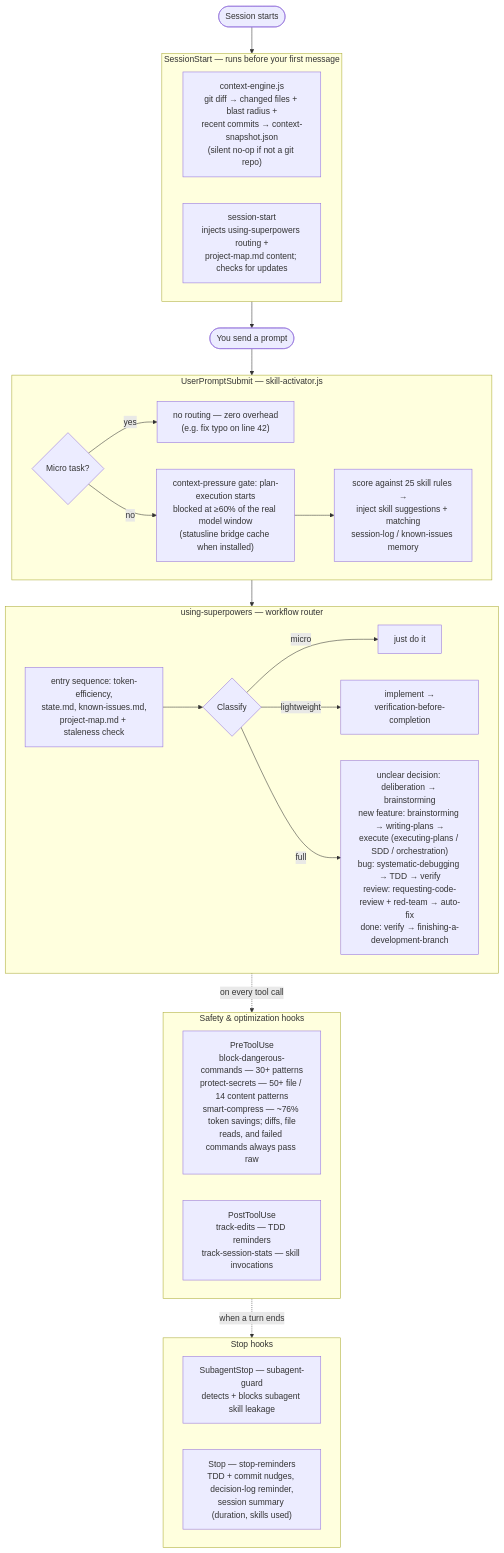
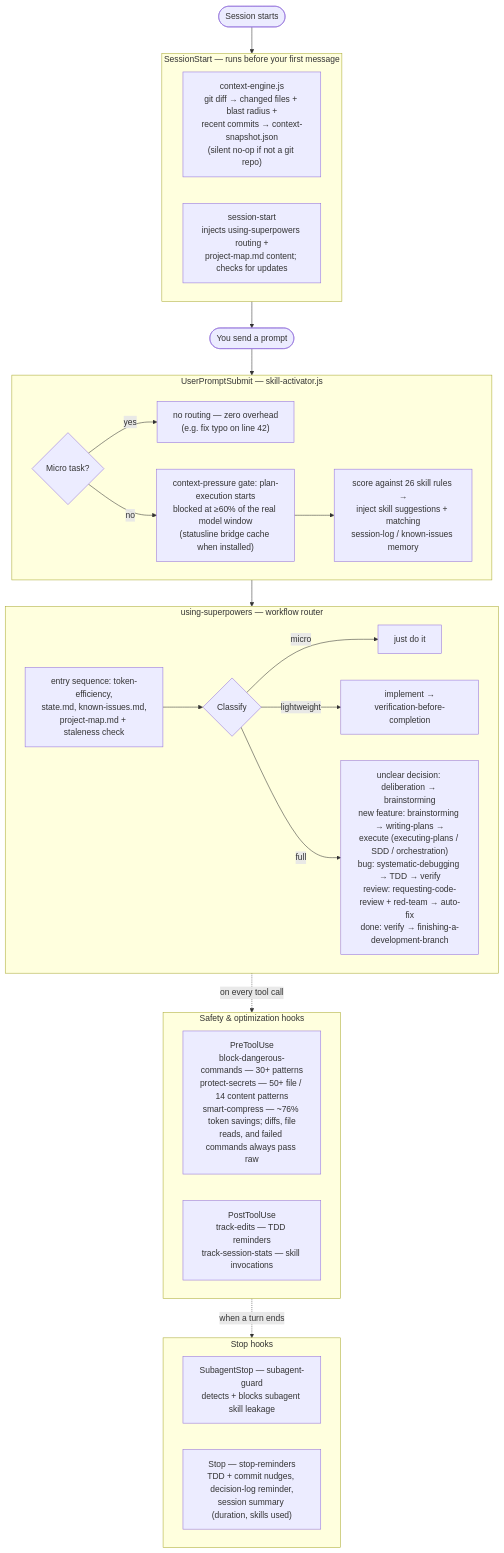
Before and after one commit to brunob54/superpowers-orchestrator: the diagram in README.md, drawn with Mermaid. The commit also changed other lines of this file and 1 other file, not shown here.

````diff
--- a/README.md
+++ b/README.md
@@ -89,42 +90,42 @@
 ```mermaid
 flowchart TD
     START([Session starts]) --> SS
 
     subgraph SS["SessionStart — runs before your first message"]
         CE["context-engine.js<br/>git diff → changed files + blast radius +<br/>recent commits → context-snapshot.json<br/>(silent no-op if not a git repo)"]
         SST["session-start<br/>injects using-superpowers routing +<br/>project-map.md content; checks for updates"]
     end
 
     SS --> PROMPT([You send a prompt])
     PROMPT --> SA
 
     subgraph SA["UserPromptSubmit — skill-activator.js"]
         Q1{"Micro task?"} -->|yes| Z1["no routing — zero overhead<br/>(e.g. fix typo on line 42)"]
         Q1 -->|no| PG["context-pressure gate: plan-execution starts<br/>blocked at ≥60% of the real model window<br/>(statusline bridge cache when installed)"]
-        PG --> SCORE["score against 25 skill rules →<br/>inject skill suggestions + matching<br/>session-log / known-issues memory"]
+        PG --> SCORE["score against 26 skill rules →<br/>inject skill suggestions + matching<br/>session-log / known-issues memory"]
     end
 
     SA --> RT
 
     subgraph RT["using-superpowers — workflow router"]
         ES["entry sequence: token-efficiency,<br/>state.md, known-issues.md,<br/>project-map.md + staleness check"]
         ES --> CLS{"Classify"}
         CLS -->|micro| JD["just do it"]
         CLS -->|lightweight| LW["implement →<br/>verification-before-completion"]
         CLS -->|full| FULL["unclear decision: deliberation → brainstorming<br/>new feature: brainstorming → writing-plans →<br/>execute (executing-plans / SDD / orchestration)<br/>bug: systematic-debugging → TDD → verify<br/>review: requesting-code-review + red-team → auto-fix<br/>done: verify → finishing-a-development-branch"]
     end
 
     RT -.->|"on every tool call"| TOOLS
 
     subgraph TOOLS["Safety & optimization hooks"]
         PRE["PreToolUse<br/>block-dangerous-commands — 30+ patterns<br/>protect-secrets — 50+ file / 14 content patterns<br/>smart-compress — ~76% token savings; diffs, file<br/>reads, and failed commands always pass raw"]
         POST["PostToolUse<br/>track-edits — TDD reminders<br/>track-session-stats — skill invocations"]
     end
 
     TOOLS -.->|"when a turn ends"| STOPS
 
     subgraph STOPS["Stop hooks"]
         SG["SubagentStop — subagent-guard<br/>detects + blocks subagent skill leakage"]
         SR["Stop — stop-reminders<br/>TDD + commit nudges, decision-log reminder,<br/>session summary (duration, skills used)"]
     end
 ```
````
